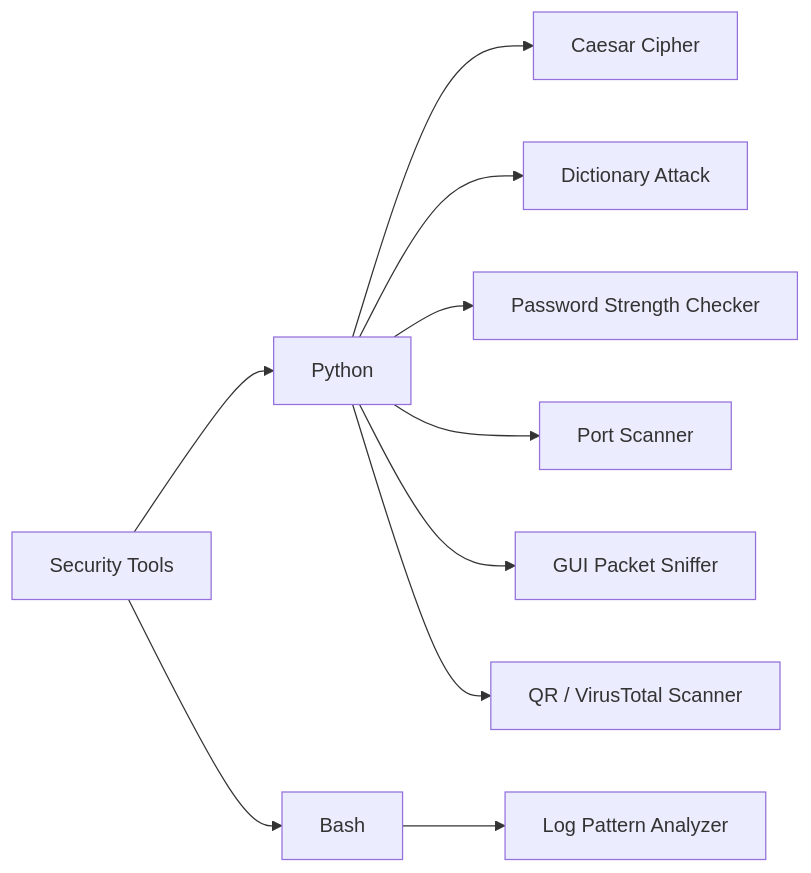
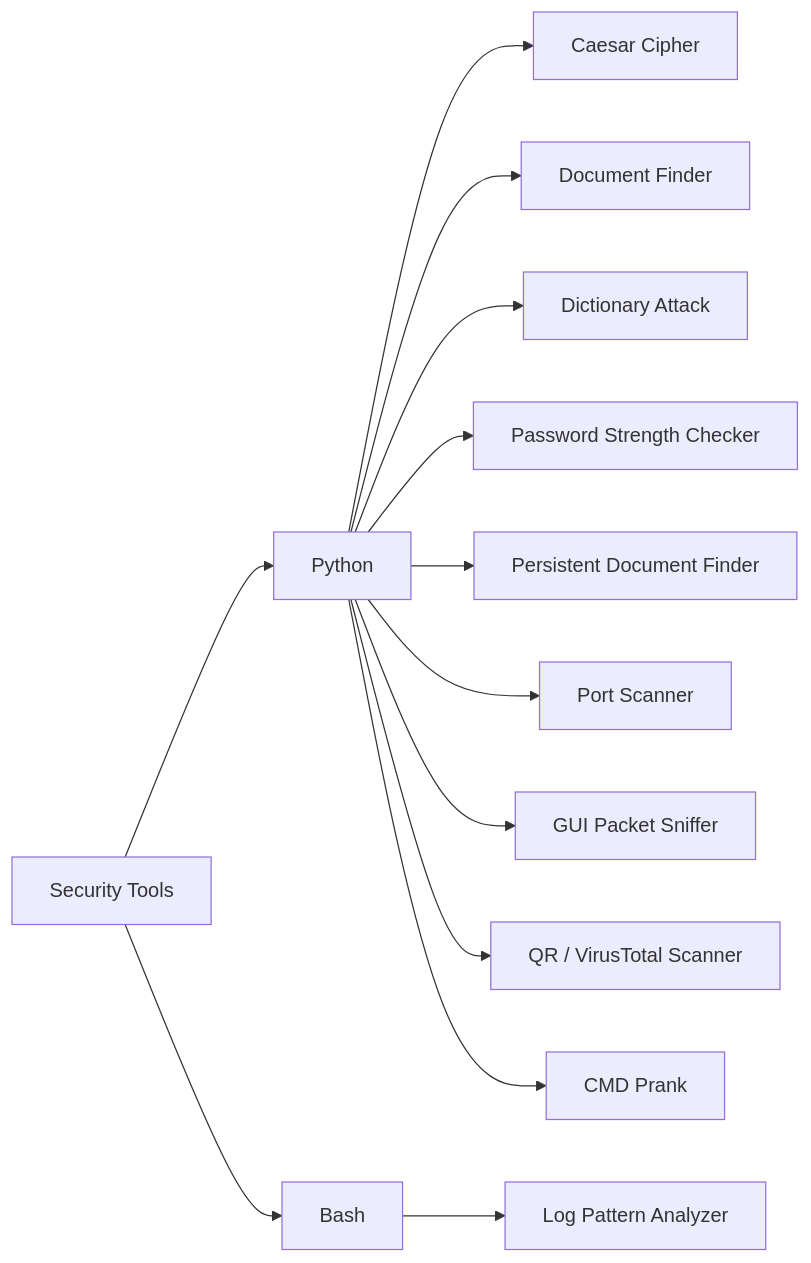
The first of 2 diagrams in README.md (awais-sec/security-tools), drawn with Mermaid before and after one commit. The commit also changed other lines of this file and 6 other files, not shown here.

First line of the commit message:
Add Document Finder, Persistent Document Finder, and CMD Prank

````diff
--- a/README.md
+++ b/README.md
@@ -13,12 +13,15 @@
 ```mermaid
 flowchart LR
     A[Security Tools] --> B[Python]
     A --> C[Bash]
     B --> D[Caesar Cipher]
+    B --> K[Document Finder]
     B --> E[Dictionary Attack]
     B --> F[Password Strength Checker]
+    B --> L[Persistent Document Finder]
     B --> G[Port Scanner]
     B --> H[GUI Packet Sniffer]
     B --> I[QR / VirusTotal Scanner]
+    B --> M[CMD Prank]
     C --> J[Log Pattern Analyzer]
 ```
````
